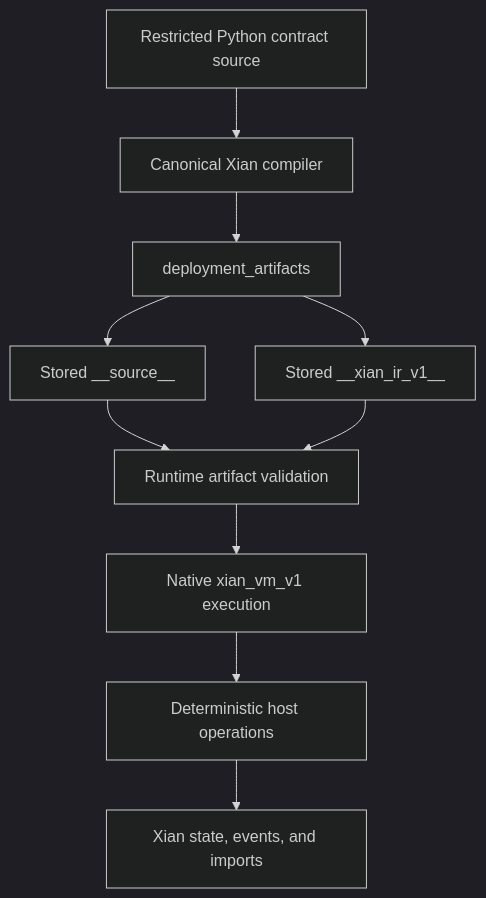
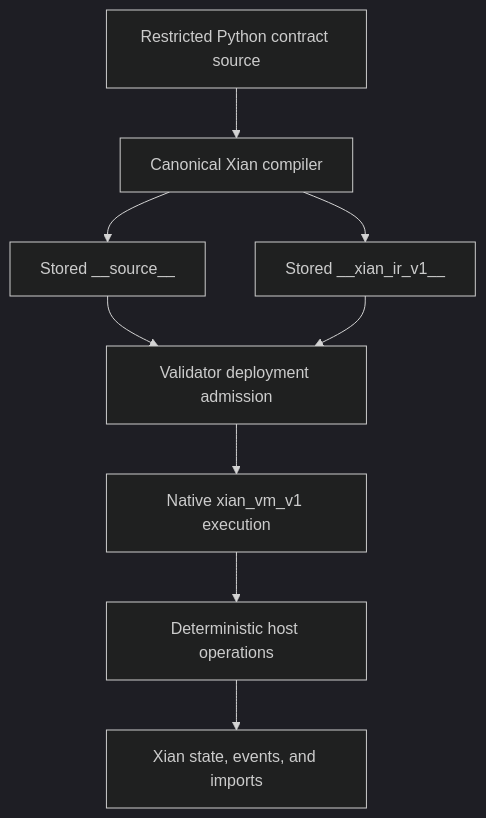
Before and after one commit to xian-technology/xian-docs-web: the diagram in concepts/xian-vm.md, drawn with Mermaid (dark theme). The commit also changed other lines of this file and 11 other files, not shown here.

Commit message:
Document source-only contract deployment

````diff
--- a/concepts/xian-vm.md
+++ b/concepts/xian-vm.md
@@ -46,22 +39,20 @@
 ```mermaid
 flowchart TD
   Source["Restricted Python contract source"]
   Compiler["Canonical Xian compiler"]
-  Artifacts["deployment_artifacts"]
   SourceArtifact["Stored __source__"]
   IR["Stored __xian_ir_v1__"]
-  Validate["Runtime artifact validation"]
+  Admission["Validator deployment admission"]
   VM["Native xian_vm_v1 execution"]
   Host["Deterministic host operations"]
   State["Xian state, events, and imports"]
 
   Source --> Compiler
-  Compiler --> Artifacts
-  Artifacts --> SourceArtifact
-  Artifacts --> IR
-  SourceArtifact --> Validate
-  IR --> Validate
-  Validate --> VM
+  Compiler --> SourceArtifact
+  Compiler --> IR
+  SourceArtifact --> Admission
+  IR --> Admission
+  Admission --> VM
   VM --> Host
   Host --> State
 ```
````
